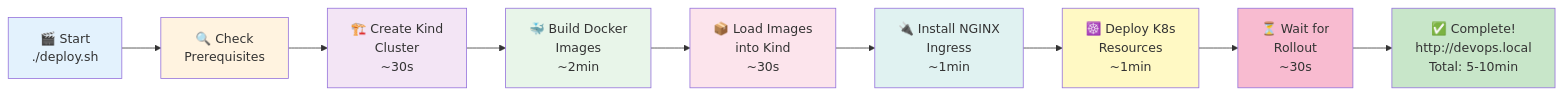
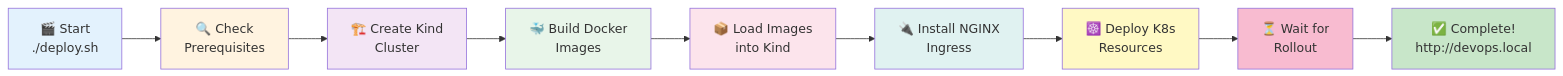
The second of 5 diagrams in README.md (Sandarsh18/KubePulse-Real-Time-Kubernetes-Management-Dashboard), drawn with Mermaid before and after one commit. The commit also changed other lines of this file and 30 other files, not shown here.

Commit message:
Prune: keep backend, frontend, k8s, deploy.sh, docker-compose.yml, docs; remove scripts and extra helper scripts

````diff
--- a/README.md
+++ b/README.md
@@ -155,21 +125,21 @@
 ```mermaid
 graph LR
     A[🎬 Start<br/>./deploy.sh] --> B[🔍 Check<br/>Prerequisites]
-    B --> C[🏗️ Create Kind<br/>Cluster<br/>~30s]
-    C --> D[🐳 Build Docker<br/>Images<br/>~2min]
-    D --> E[📦 Load Images<br/>into Kind<br/>~30s]
-    E --> F[🔌 Install NGINX<br/>Ingress<br/>~1min]
-    F --> G[☸️ Deploy K8s<br/>Resources<br/>~1min]
-    G --> H[⏳ Wait for<br/>Rollout<br/>~30s]
-    H --> I[✅ Complete!<br/>http://devops.local<br/>Total: 5-10min]
+    B --> C[🏗️ Create Kind<br/>Cluster]
+    C --> D[🐳 Build Docker<br/>Images]
+    D --> E[📦 Load Images<br/>into Kind]
+    E --> F[🔌 Install NGINX<br/>Ingress]
+    F --> G[☸️ Deploy K8s<br/>Resources]
+    G --> H[⏳ Wait for<br/>Rollout]
+    H --> I[✅ Complete!<br/>http://devops.local]
     
     style A fill:#e3f2fd
     style B fill:#fff3e0
     style C fill:#f3e5f5
     style D fill:#e8f5e9
     style E fill:#fce4ec
     style F fill:#e0f2f1
     style G fill:#fff9c4
     style H fill:#f8bbd0
     style I fill:#c8e6c9
 ```
````
